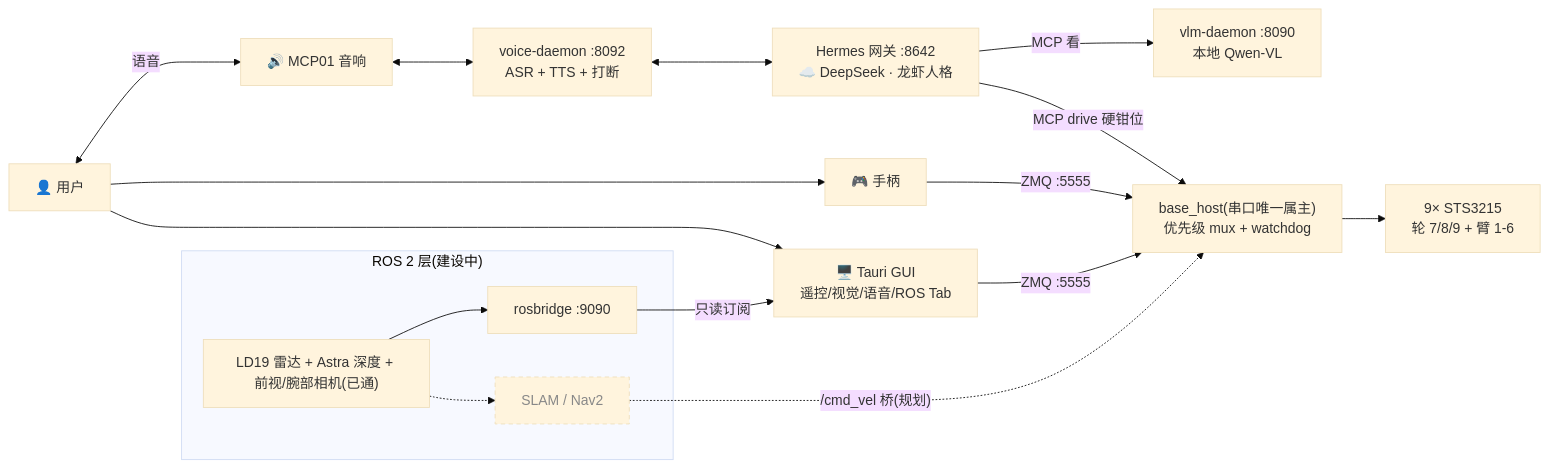
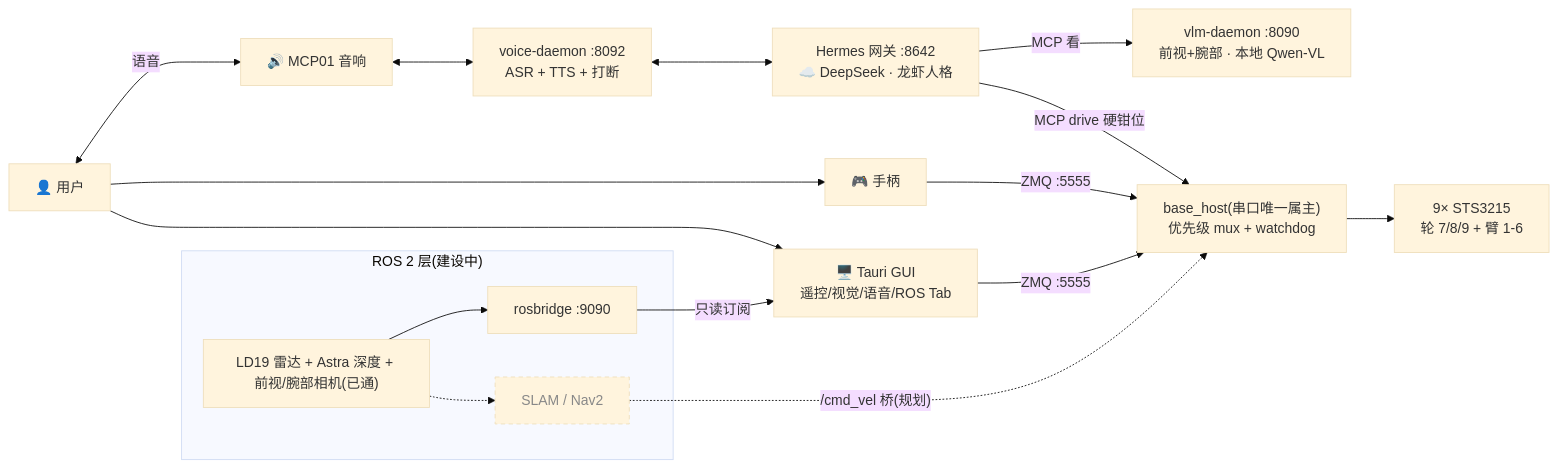
One commit to vitorcen/lekiwi-jetson-orin changed the first of 4 diagrams in README.md. Above: the diagram before and after it, drawn with Mermaid (base theme). The commit also changed other lines of this file and 2 other files, not shown here.

````diff
--- a/README.md
+++ b/README.md
@@ -42,30 +42,30 @@
 ```mermaid
 flowchart LR
     U["👤 用户"]
     PAD[🎮 手柄]
     GUI["🖥️ Tauri GUI<br/>遥控/视觉/语音/ROS Tab"]
     SPK[🔊 MCP01 音响]
 
     VOICE["voice-daemon :8092<br/>ASR + TTS + 打断"]
     HERMES["Hermes 网关 :8642<br/>☁️ DeepSeek · 龙虾人格"]
-    VLM["vlm-daemon :8090<br/>本地 Qwen-VL"]
+    VLM["vlm-daemon :8090<br/>前视+腕部 · 本地 Qwen-VL"]
 
     BH["base_host(串口唯一属主)<br/>优先级 mux + watchdog"]
     MOT["9× STS3215<br/>轮 7/8/9 + 臂 1-6"]
 
     subgraph ROS2["ROS 2 层(建设中)"]
         SENS["LD19 雷达 + Astra 深度 + 前视/腕部相机(已通)"]
         RB["rosbridge :9090"]
         NAV["SLAM / Nav2"]:::plan
     end
 
     U --> PAD & GUI
     U <-->|语音| SPK <--> VOICE <--> HERMES
     HERMES -->|MCP 看| VLM
     HERMES -->|MCP drive 硬钳位| BH
     PAD & GUI -->|ZMQ :5555| BH --> MOT
     SENS --> RB -->|只读订阅| GUI
     SENS -.-> NAV -.->|"/cmd_vel 桥(规划)"| BH
 
     classDef plan stroke-dasharray:5 4,color:#888;
 ```
````
